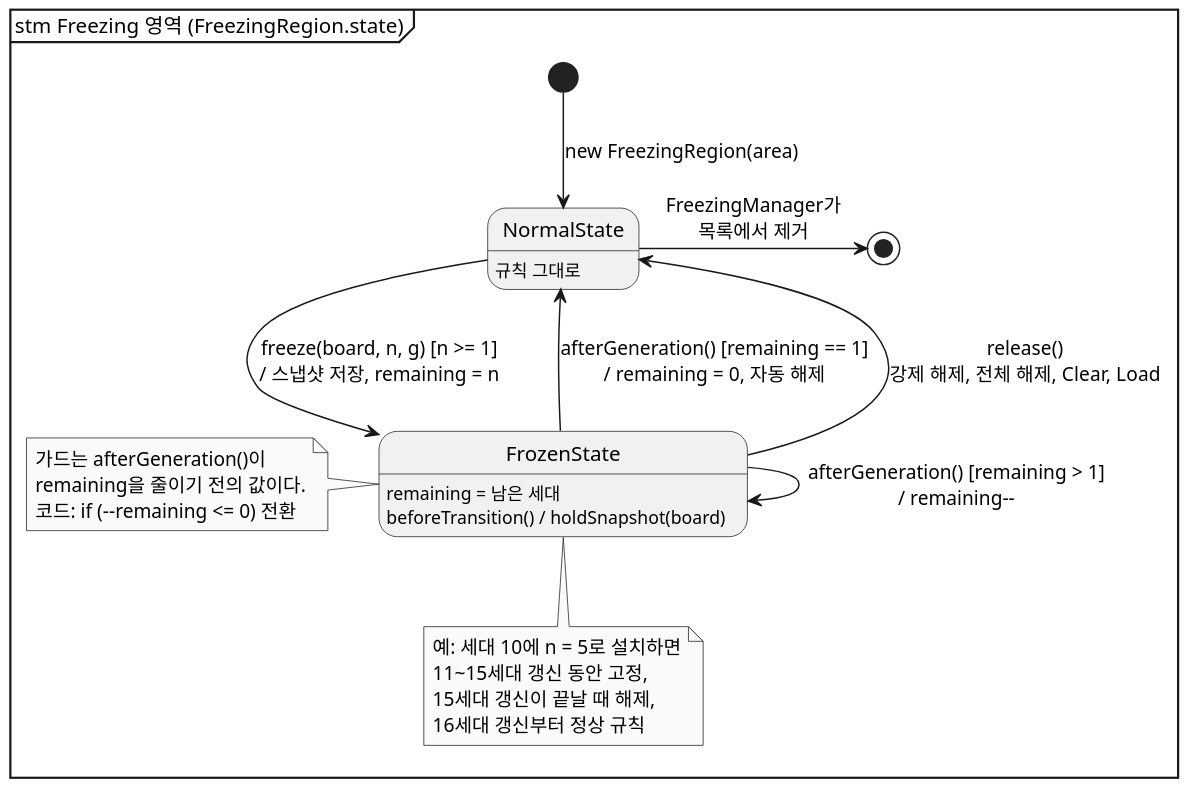
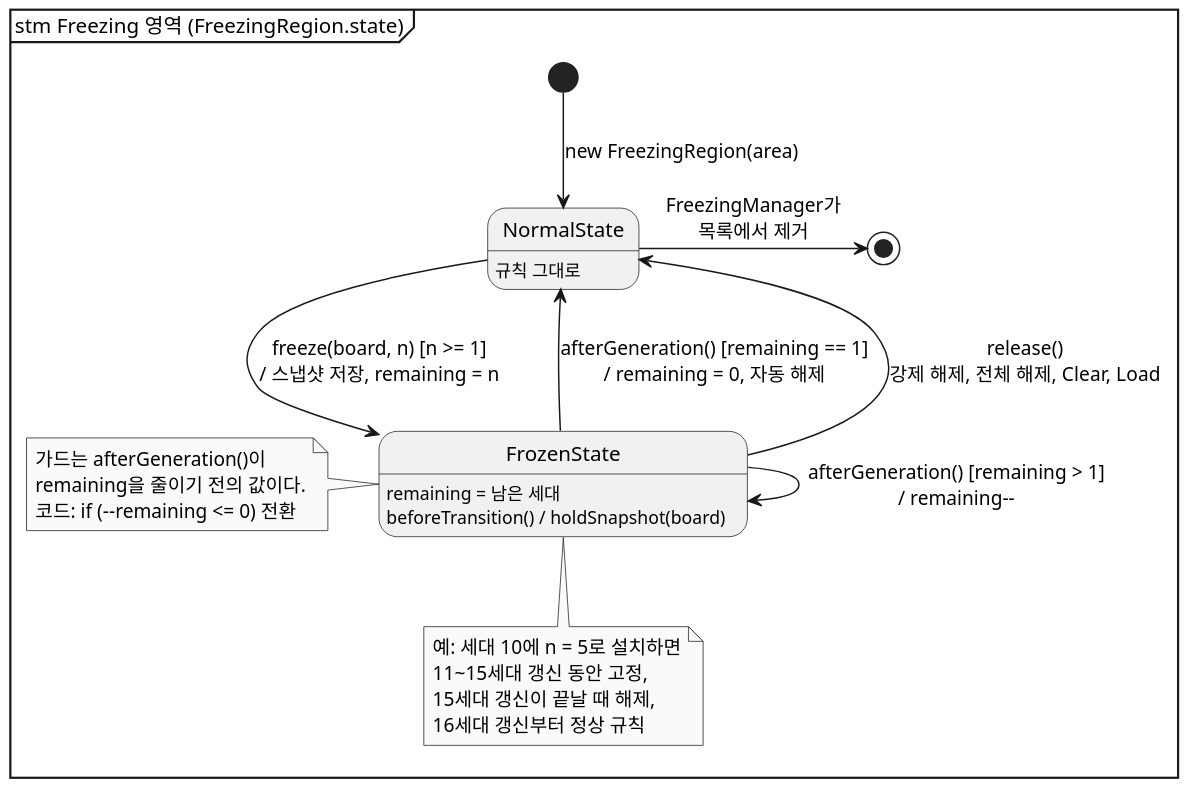
Before and after one commit to mckimR1972/DP_team_project: the diagram in docs/freezing/diagram/state-region.puml, drawn with PlantUML. The commit also changed 7 other files, not shown here.

```diff
--- a/docs/freezing/diagram/state-region.puml
+++ b/docs/freezing/diagram/state-region.puml
@@ -1,36 +1,36 @@
 @startuml state-region
 skinparam monochrome true
 skinparam dpi 150
 skinparam shadowing false
 skinparam defaultFontName "Malgun Gothic"
 hide empty description
 mainframe stm Freezing 영역 (FreezingRegion.state)
 
 state NormalState
 state NormalState : 규칙 그대로
 
 state FrozenState
 state FrozenState : remaining = 남은 세대
 state FrozenState : beforeTransition() / holdSnapshot(board)
 
 [*] --> NormalState : new FreezingRegion(area)
 
-NormalState -down-> FrozenState : freeze(board, n, g) [n >= 1]\n/ 스냅샷 저장, remaining = n
+NormalState -down-> FrozenState : freeze(board, n) [n >= 1]\n/ 스냅샷 저장, remaining = n
 FrozenState --> FrozenState : afterGeneration() [remaining > 1]\n/ remaining--
 FrozenState -up-> NormalState : afterGeneration() [remaining == 1]\n/ remaining = 0, 자동 해제
 FrozenState -up-> NormalState : release()\n강제 해제, 전체 해제, Clear, Load
 NormalState -right-> [*] : FreezingManager가\n목록에서 제거
 
 note left of FrozenState
   가드는 afterGeneration()이
   remaining을 줄이기 전의 값이다.
   코드: if (--remaining <= 0) 전환
 end note
 
 note bottom of FrozenState
   예: 세대 10에 n = 5로 설치하면
   11~15세대 갱신 동안 고정,
   15세대 갱신이 끝날 때 해제,
   16세대 갱신부터 정상 규칙
 end note
 @enduml
```
